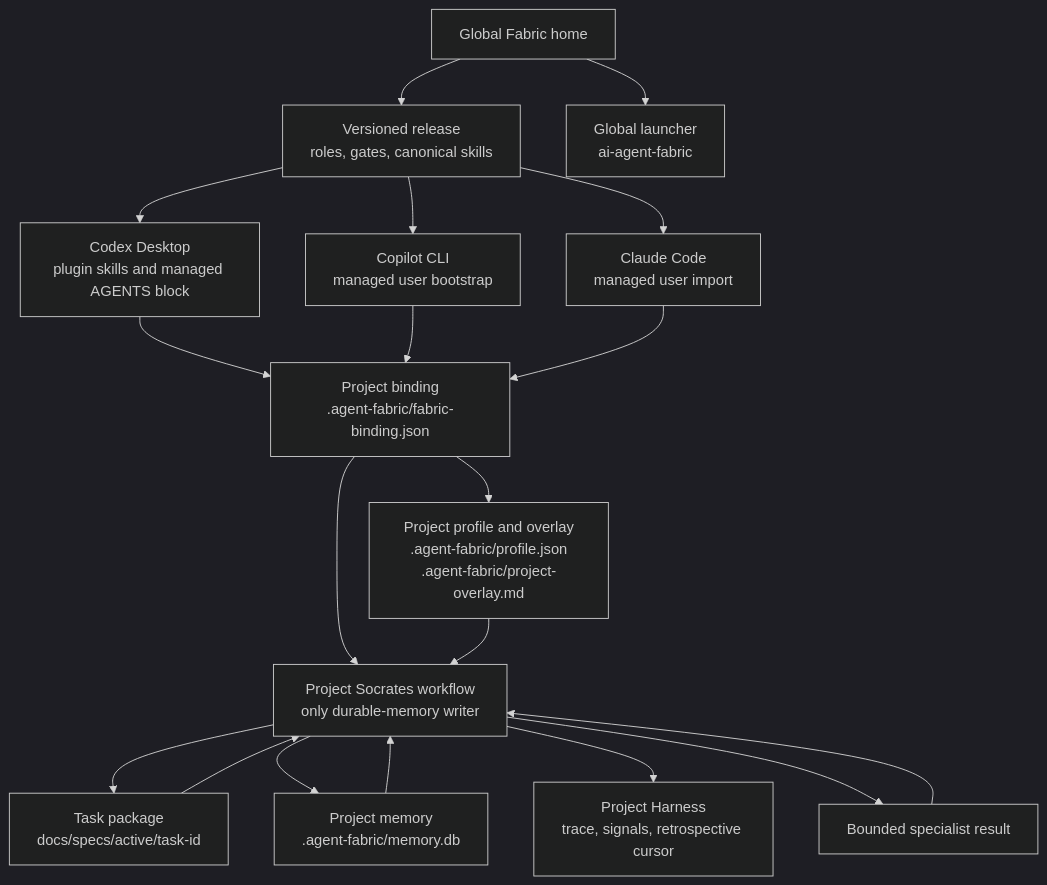
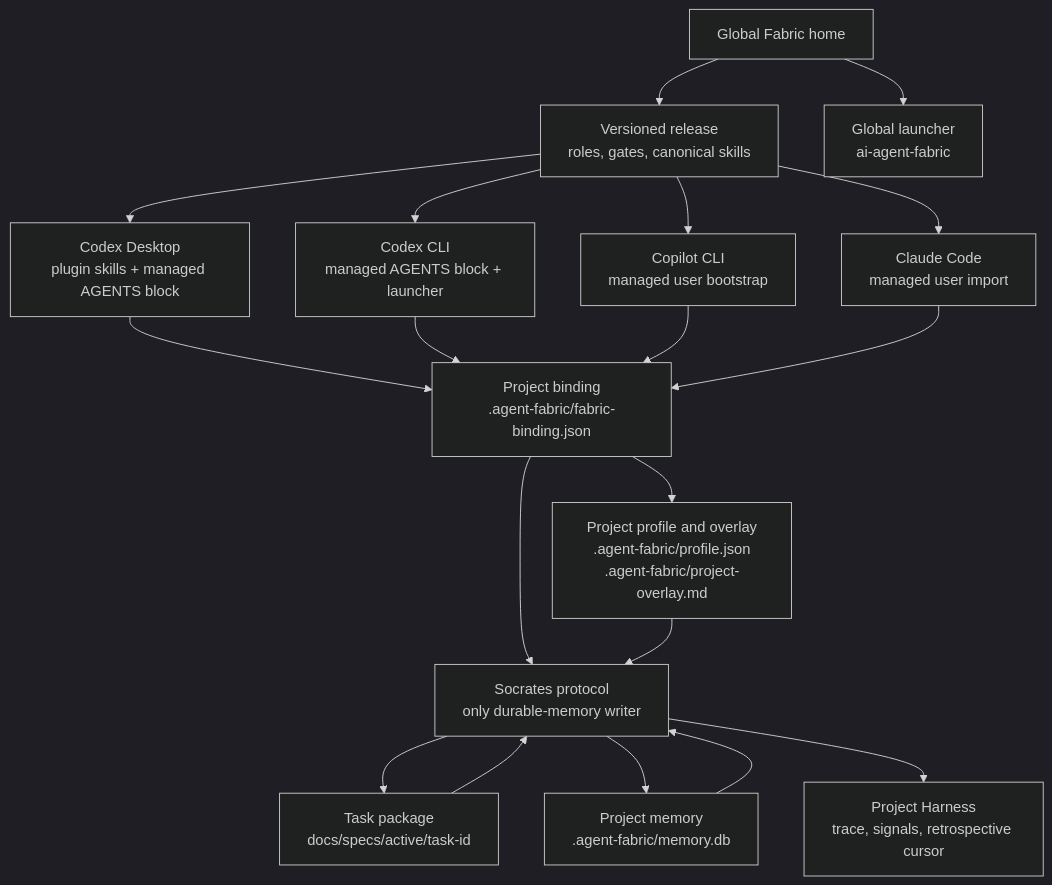
Before and after one commit to ale4ko69/ai-agent-fabric: the first of 3 diagrams in README.md, drawn with Mermaid (dark theme). The commit also changed other lines of this file and 31 other files, not shown here.

Commit message:
Restore per-project Socrates lifecycle and guards

````diff
--- a/README.md
+++ b/README.md
@@ -63,35 +63,35 @@
 ```mermaid
 flowchart TD
     fabricHome["Global Fabric home"]
     release["Versioned release\nroles, gates, canonical skills"]
     launcher["Global launcher\nai-agent-fabric"]
-    codex["Codex Desktop\nplugin skills and managed AGENTS block"]
+    codexDesktop["Codex Desktop\nplugin skills + managed AGENTS block"]
+    codexCli["Codex CLI\nmanaged AGENTS block + launcher"]
     copilot["Copilot CLI\nmanaged user bootstrap"]
     claude["Claude Code\nmanaged user import"]
     binding["Project binding\n.agent-fabric/fabric-binding.json"]
     profile["Project profile and overlay\n.agent-fabric/profile.json\n.agent-fabric/project-overlay.md"]
     taskPackage["Task package\ndocs/specs/active/task-id"]
     memory["Project memory\n.agent-fabric/memory.db"]
     harness["Project Harness\ntrace, signals, retrospective cursor"]
-    socrates["Project Socrates workflow\nonly durable-memory writer"]
-    specialist["Bounded specialist result"]
+    socrates["Socrates protocol\nonly durable-memory writer"]
 
     fabricHome --> release
     fabricHome --> launcher
-    release --> codex
+    release --> codexDesktop
+    release --> codexCli
     release --> copilot
     release --> claude
-    codex --> binding
+    codexDesktop --> binding
+    codexCli --> binding
     copilot --> binding
     claude --> binding
     binding --> profile
     binding --> socrates
     profile --> socrates
     taskPackage --> socrates
     memory --> socrates
     socrates --> taskPackage
     socrates --> memory
     socrates --> harness
-    socrates --> specialist
-    specialist --> socrates
 ```
````
